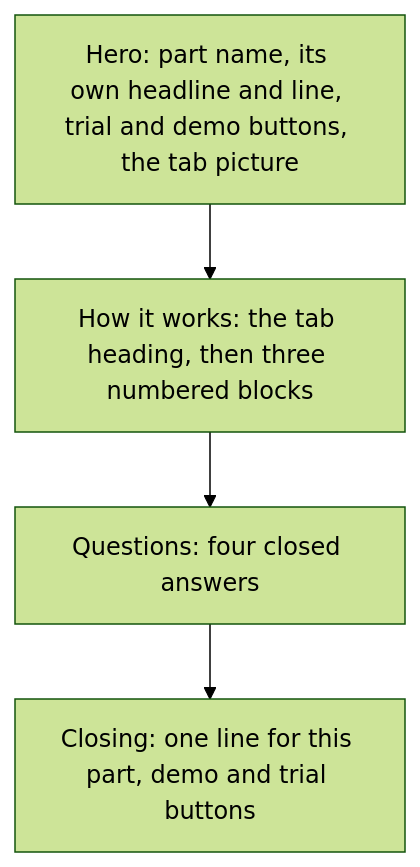
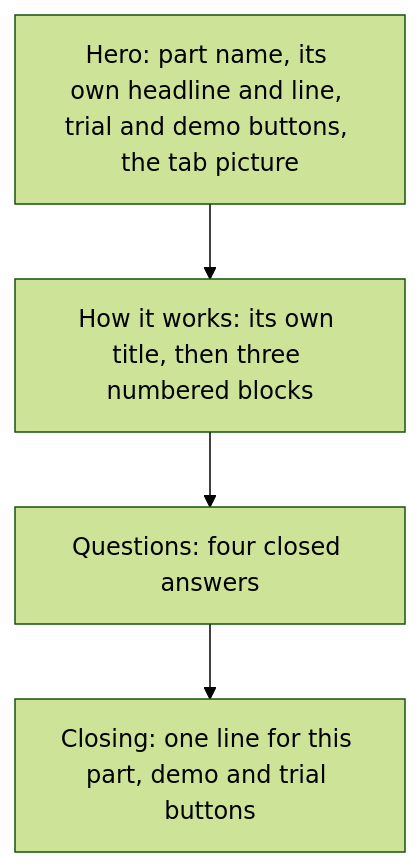
The second of 2 diagrams in docs/15-patterns.md (seenu-yellapu/schedulink-design), drawn with Mermaid (forest theme) before and after one commit. The commit also changed other lines of this file and 1 other file, not shown here.

Commit message:
Patterns: How it works keeps its own title, not the tab heading
Claude-Session: https://claude.ai/code/session_01KFk8DFRvxVxzaE8ZFvtoCr

````diff
--- a/docs/15-patterns.md
+++ b/docs/15-patterns.md
@@ -77,6 +77,6 @@
 ```mermaid
 flowchart TB
-  H["Hero: part name, its own headline and line, trial and demo buttons, the tab picture"] --> W["How it works: the tab heading, then three numbered blocks"]
+  H["Hero: part name, its own headline and line, trial and demo buttons, the tab picture"] --> W["How it works: its own title, then three numbered blocks"]
   W --> Q["Questions: four closed answers"]
   Q --> C["Closing: one line for this part, demo and trial buttons"]
 ```
````
